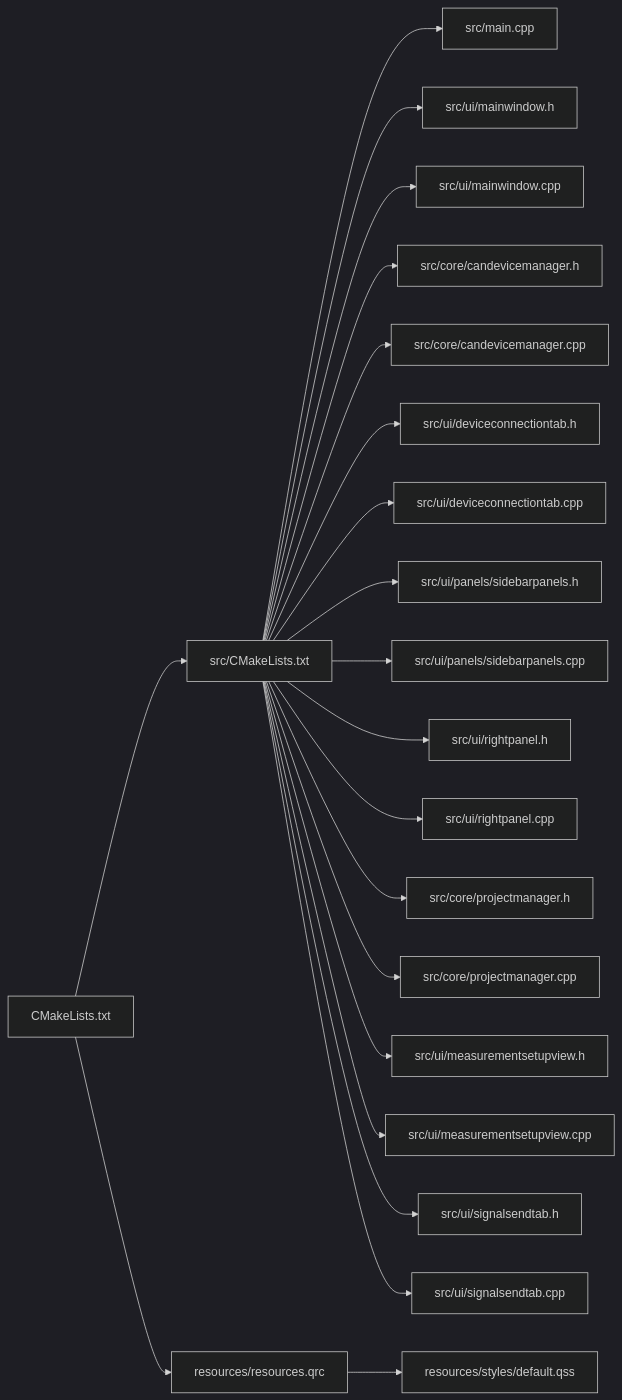
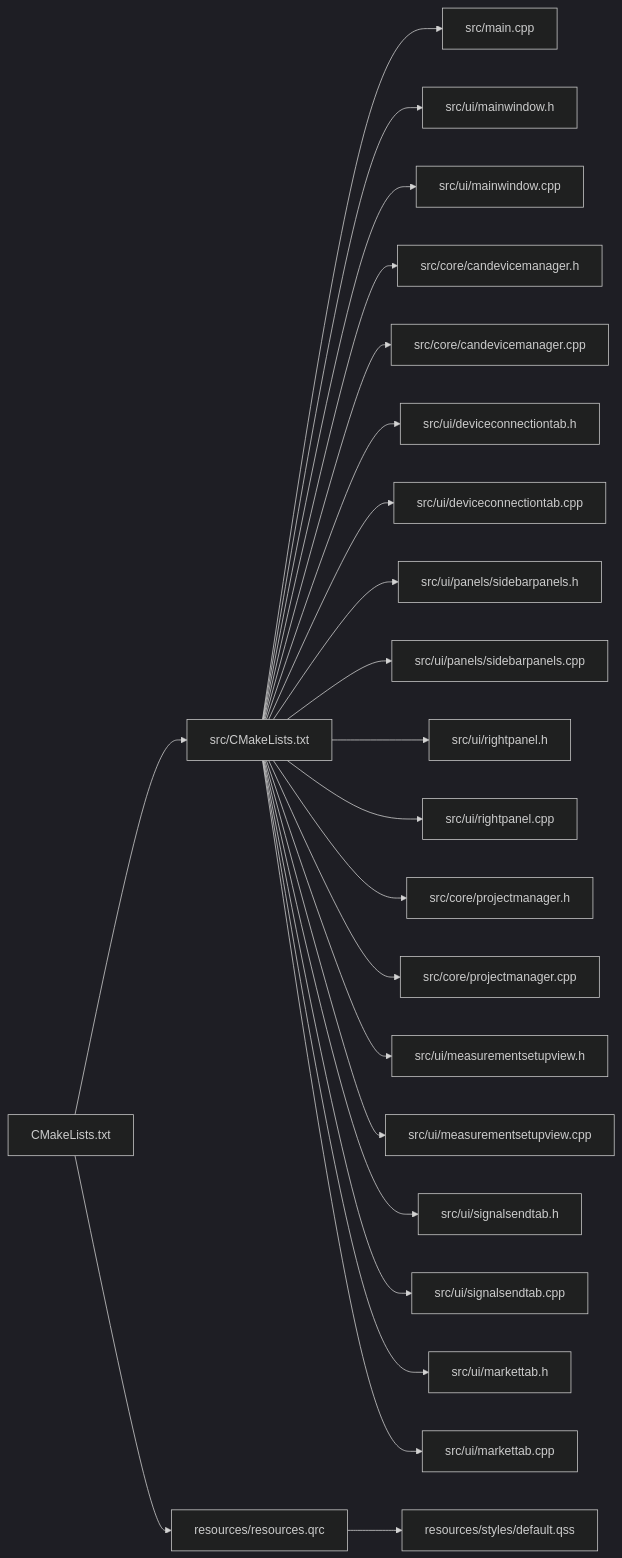
Diagram 13 of 13 in .qoder/repowiki/zh/content/核心模块详解/主窗口组件.md (jakecai1225-design/OpenBus), drawn with Mermaid (dark theme) before and after one commit. The commit also changed other lines of this file and 70 other files, not shown here.

````diff
--- a/.qoder/repowiki/zh/content/核心模块详解/主窗口组件.md
+++ b/.qoder/repowiki/zh/content/核心模块详解/主窗口组件.md
@@ -666,23 +741,25 @@
 ```mermaid
 graph LR
 CMake["CMakeLists.txt"] --> SrcCMake["src/CMakeLists.txt"]
 SrcCMake --> MainCPP["src/main.cpp"]
 SrcCMake --> MW_H["src/ui/mainwindow.h"]
 SrcCMake --> MW_CPP["src/ui/mainwindow.cpp"]
 SrcCMake --> CDM_H["src/core/candevicemanager.h"]
 SrcCMake --> CDM_CPP["src/core/candevicemanager.cpp"]
 SrcCMake --> DCT_H["src/ui/deviceconnectiontab.h"]
 SrcCMake --> DCT_CPP["src/ui/deviceconnectiontab.cpp"]
 SrcCMake --> SP_H["src/ui/panels/sidebarpanels.h"]
 SrcCMake --> SP_CPP["src/ui/panels/sidebarpanels.cpp"]
 SrcCMake --> RP_H["src/ui/rightpanel.h"]
 SrcCMake --> RP_CPP["src/ui/rightpanel.cpp"]
 SrcCMake --> PM_H["src/core/projectmanager.h"]
 SrcCMake --> PM_CPP["src/core/projectmanager.cpp"]
 SrcCMake --> MSV_H["src/ui/measurementsetupview.h"]
 SrcCMake --> MSV_CPP["src/ui/measurementsetupview.cpp"]
 SrcCMake --> SST_H["src/ui/signalsendtab.h"]
 SrcCMake --> SST_CPP["src/ui/signalsendtab.cpp"]
+SrcCMake --> MT_H["src/ui/markettab.h"]
+SrcCMake --> MT_CPP["src/ui/markettab.cpp"]
 CMake --> QRC["resources/resources.qrc"]
 QRC --> QSS["resources/styles/default.qss"]
 ```
````
